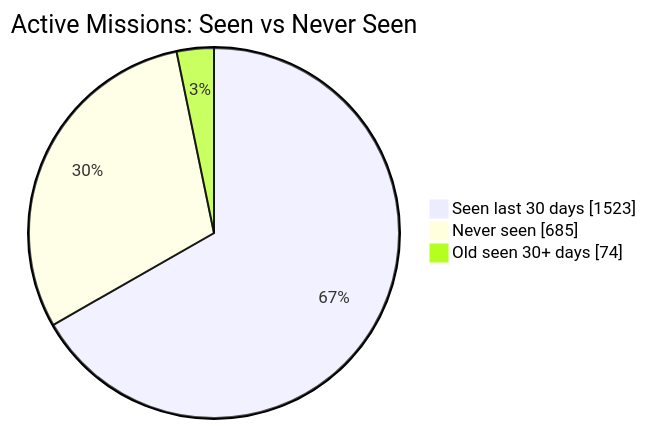
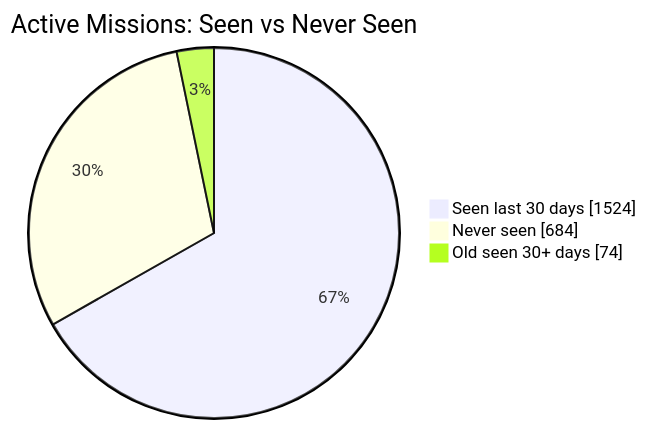
The first of 2 diagrams in README.md (MeldkamerspelGameTeam/active-missions), drawn with Mermaid before and after one commit. The commit also changed other lines of this file and 2 other files, not shown here.

````diff
--- a/README.md
+++ b/README.md
@@ -34,7 +34,7 @@
 ```mermaid
 pie showData
     title Active Missions: Seen vs Never Seen
-    "Seen last 30 days" : 1523
-    "Never seen" : 685
+    "Seen last 30 days" : 1524
+    "Never seen" : 684
     "Old seen 30+ days" : 74
 ```
````
